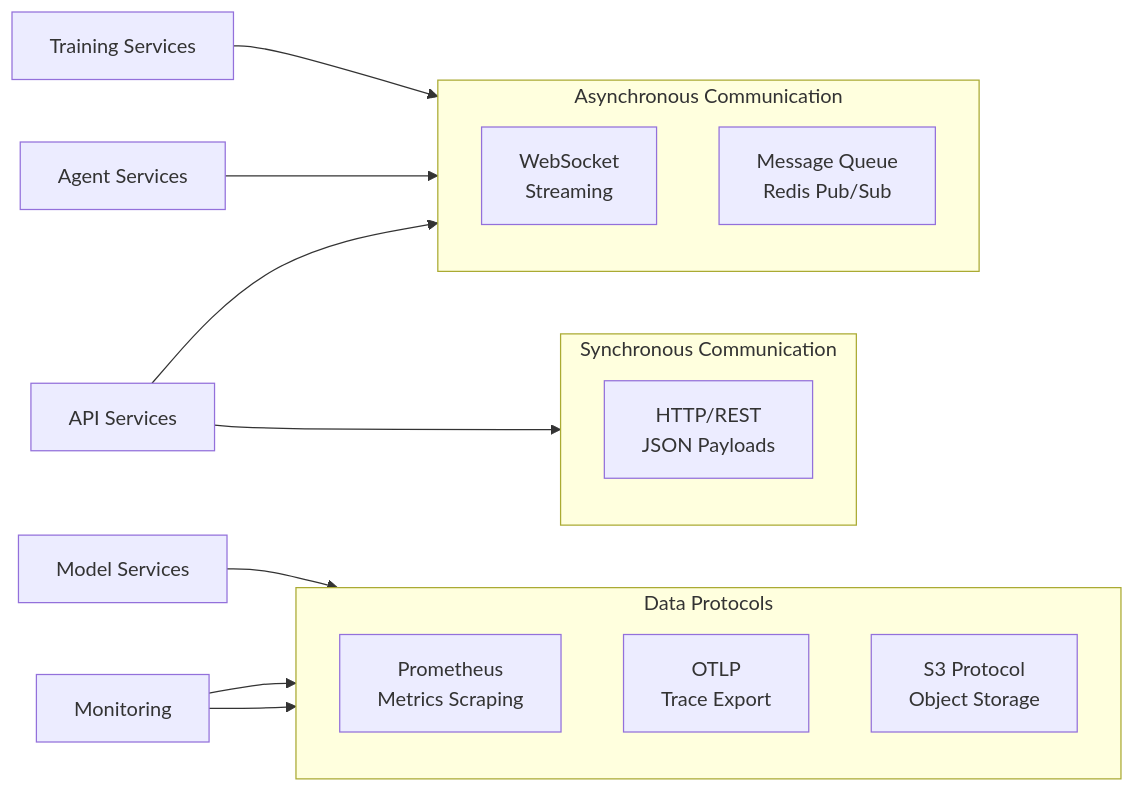
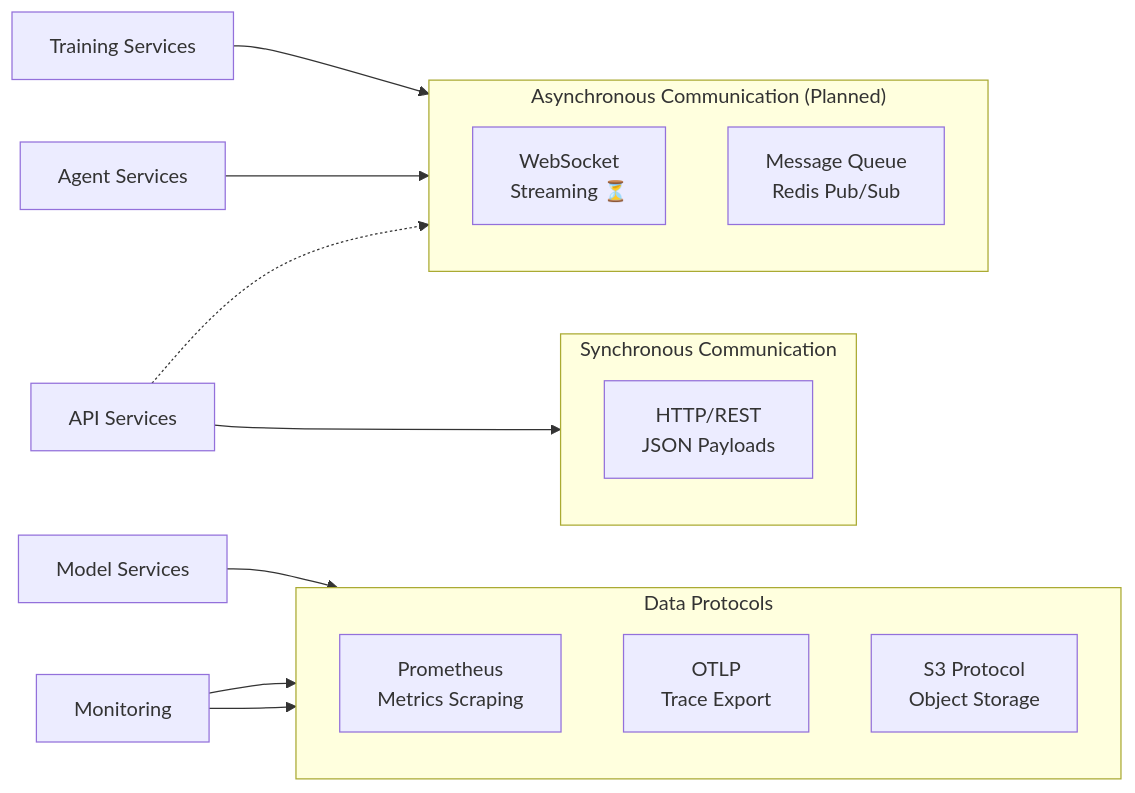
One commit to ianshank/langgraph_multi_agent_mcts changed the fourth of 20 diagrams in docs/C4_MERMAID_ARCHITECTURE.md. Above: the diagram before and after it, drawn with Mermaid. The commit also changed other lines of this file and 4 other files, not shown here.

````diff
--- a/docs/C4_MERMAID_ARCHITECTURE.md
+++ b/docs/C4_MERMAID_ARCHITECTURE.md
@@ -224,30 +226,30 @@
 ```mermaid
 flowchart LR
     subgraph Sync["Synchronous Communication"]
         direction TB
         HTTP[HTTP/REST<br/>JSON Payloads]
     end
 
-    subgraph Async["Asynchronous Communication"]
+    subgraph Async["Asynchronous Communication (Planned)"]
         direction TB
-        WEBSOCKET[WebSocket<br/>Streaming]
+        WEBSOCKET[WebSocket<br/>Streaming ⏳]
         QUEUE[Message Queue<br/>Redis Pub/Sub]
     end
 
     subgraph Data["Data Protocols"]
         direction TB
         PROM[Prometheus<br/>Metrics Scraping]
         OTLP[OTLP<br/>Trace Export]
         S3_PROTO[S3 Protocol<br/>Object Storage]
     end
 
     API_SVC[API Services] --> HTTP
-    API_SVC --> WEBSOCKET
+    API_SVC -.-> WEBSOCKET
 
     AGENTS_SVC[Agent Services] --> QUEUE
     TRAINING_SVC[Training Services] --> QUEUE
 
     MONITORING[Monitoring] --> PROM
     MONITORING --> OTLP
     MODELS_SVC[Model Services] --> S3_PROTO
 ```
````
